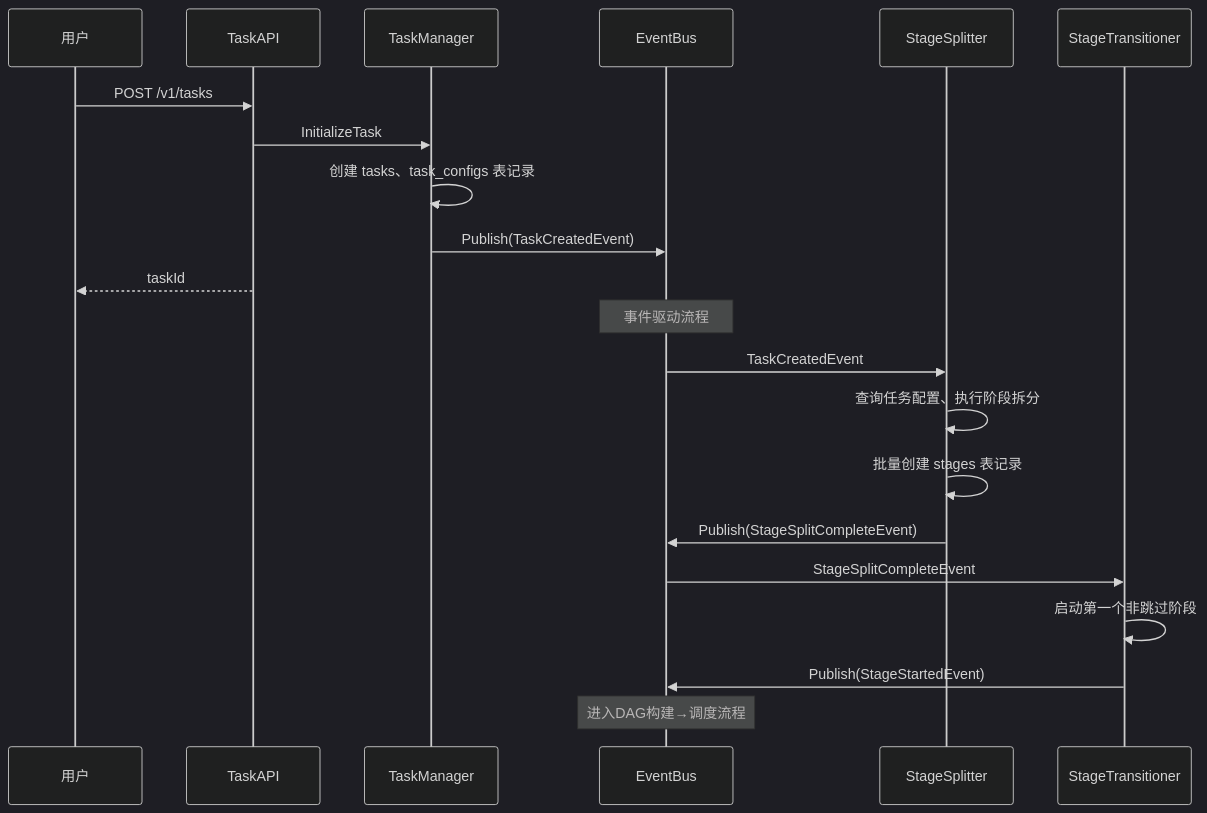
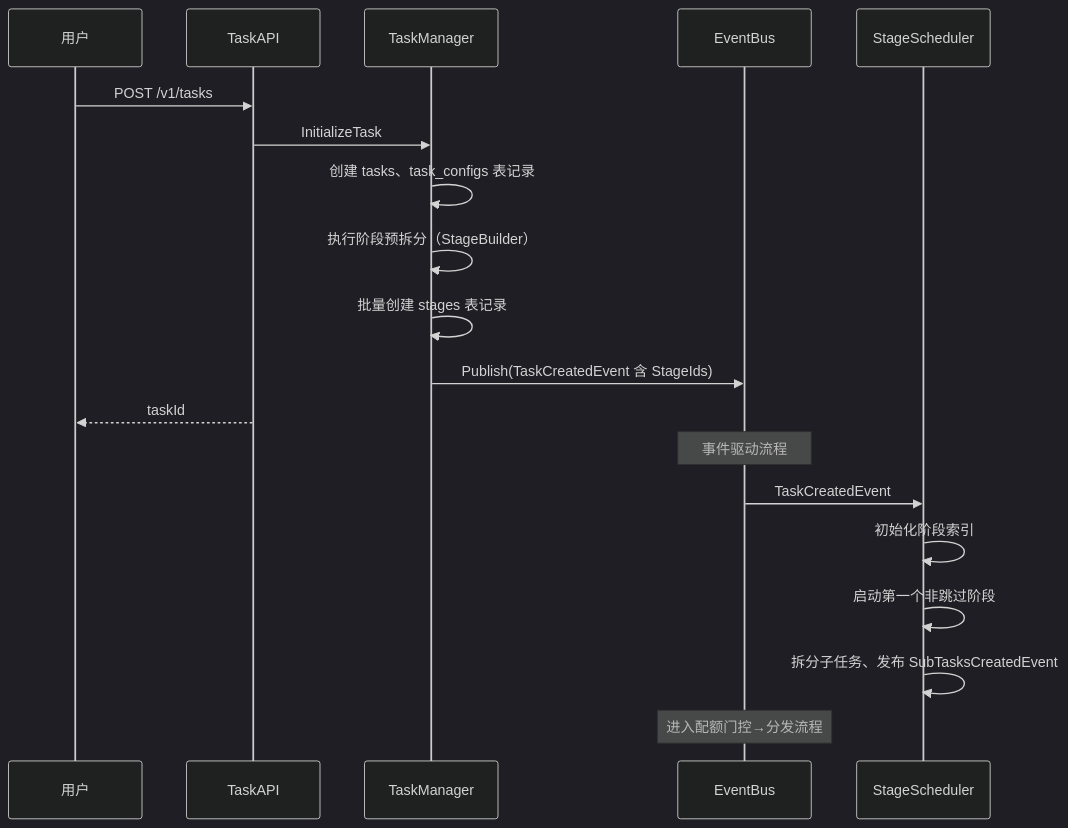
Before and after one commit to njuxumq/agent-eval-server: the fifth of 9 diagrams in docs/designs/模块设计文档.md, drawn with Mermaid (dark theme). The commit also changed other lines of this file and 15 other files, not shown here.

````diff
--- a/docs/designs/模块设计文档.md
+++ b/docs/designs/模块设计文档.md
@@ -408,28 +472,25 @@
 ```mermaid
 sequenceDiagram
     participant User as 用户
     participant API as TaskAPI
     participant TM as TaskManager
     participant EB as EventBus
-    participant SS as StageSplitter
-    participant ST as StageTransitioner
+    participant SS as StageScheduler
 
     User->>API: POST /v1/tasks
     API->>TM: InitializeTask
     TM->>TM: 创建 tasks、task_configs 表记录
-    TM->>EB: Publish(TaskCreatedEvent)
+    TM->>TM: 执行阶段预拆分（StageBuilder）
+    TM->>TM: 批量创建 stages 表记录
+    TM->>EB: Publish(TaskCreatedEvent 含 StageIds)
     API-->>User: taskId
 
     Note over EB: 事件驱动流程
 
     EB->>SS: TaskCreatedEvent
-    SS->>SS: 查询任务配置、执行阶段拆分
-    SS->>SS: 批量创建 stages 表记录
-    SS->>EB: Publish(StageSplitCompleteEvent)
+    SS->>SS: 初始化阶段索引
+    SS->>SS: 启动第一个非跳过阶段
+    SS->>SS: 拆分子任务、发布 SubTasksCreatedEvent
 
-    EB->>ST: StageSplitCompleteEvent
-    ST->>ST: 启动第一个非跳过阶段
-    ST->>EB: Publish(StageStartedEvent)
-
-    Note over EB: 进入DAG构建→调度流程
+    Note over EB: 进入配额门控→分发流程
 ```
````
